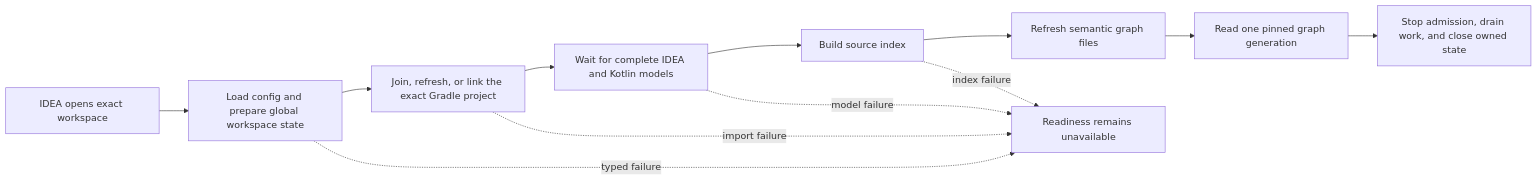
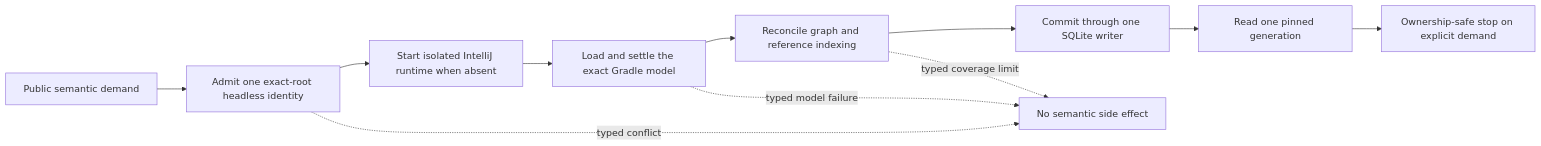
One commit to amichne/kast changed the diagram in docs/internal/idea-integration/index.md. Above: the diagram before and after it, drawn with Mermaid. The commit also changed other lines of this file and 352 other files, not shown here.

First line of the commit message:
feat: make headless runtime the sole semantic authority

````diff
--- a/docs/internal/idea-integration/index.md
+++ b/docs/internal/idea-integration/index.md
@@ -14,15 +11,14 @@
 ```mermaid
 flowchart LR
-    open["IDEA opens exact workspace"] --> bootstrap["Load config and prepare global workspace state"]
-    bootstrap --> gradle["Join, refresh, or link the exact Gradle project"]
-    gradle --> admission["Wait for complete IDEA and Kotlin models"]
-    admission --> index["Build source index"]
-    index --> refresh["Refresh semantic graph files"]
-    refresh --> query["Read one pinned graph generation"]
-    query --> close["Stop admission, drain work, and close owned state"]
+    demand["Public semantic demand"] --> admit["Admit one exact-root headless identity"]
+    admit --> launch["Start isolated IntelliJ runtime when absent"]
+    launch --> gradle["Load and settle the exact Gradle model"]
+    gradle --> index["Reconcile graph and reference indexing"]
+    index --> store["Commit through one SQLite writer"]
+    store --> query["Read one pinned generation"]
+    query --> close["Ownership-safe stop on explicit demand"]
 
-    bootstrap -. "typed failure" .-> notReady["Readiness remains unavailable"]
-    gradle -. "import failure" .-> notReady
-    admission -. "model failure" .-> notReady
-    index -. "index failure" .-> notReady
+    admit -. "typed conflict" .-> blocked["No semantic side effect"]
+    gradle -. "typed model failure" .-> blocked
+    index -. "typed coverage limit" .-> blocked
 ```
````
